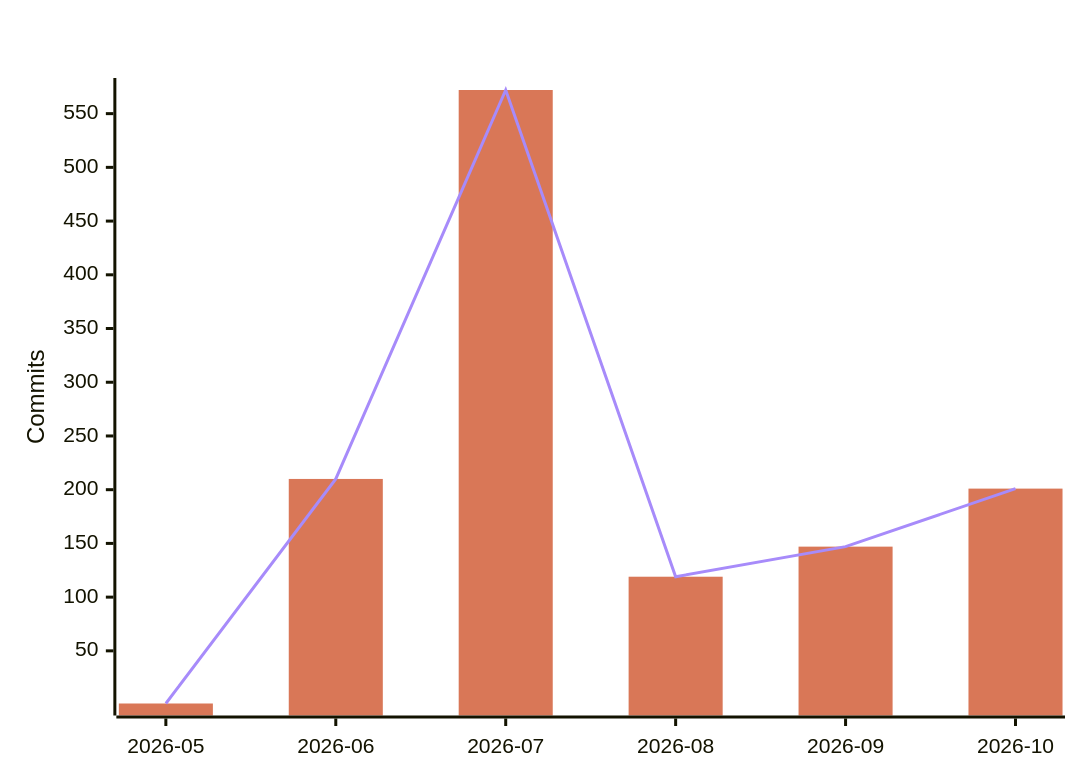
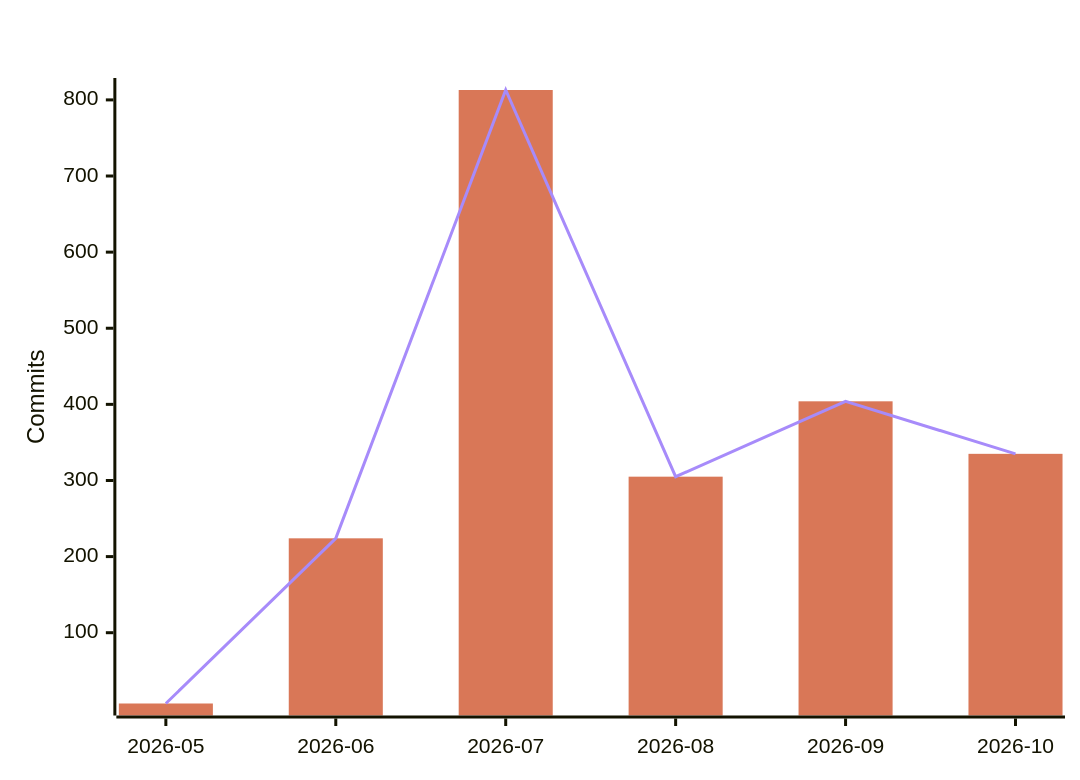
One commit to polo-nyan/polo-nyan changed the fourth of 7 diagrams in README.md. Above: the diagram before and after it, drawn with Mermaid. The commit also changed other lines of this file and 1 other file, not shown here.

````diff
--- a/README.md
+++ b/README.md
@@ -293,9 +294,9 @@
 ```mermaid
 %%{init: {"xyChart": {"titleColor": "#ffffff", "xAxisLabelColor": "#ffffff", "yAxisLabelColor": "#ffffff"}, "themeVariables": {"xyChart": {"titleColor": "#ffffff", "plotColorPalette": "#d97757, #a78bfa"}}}}%%
 xychart-beta
     title "AI-Assisted Commits Per Month"
     x-axis ["2026-05", "2026-06", "2026-07", "2026-08", "2026-09", "2026-10"]
     y-axis "Commits"
-    bar [1, 210, 572, 119, 147, 201]
-    line [1, 210, 572, 119, 147, 201]
+    bar [7, 224, 813, 305, 404, 335]
+    line [7, 224, 813, 305, 404, 335]
 ```
````
